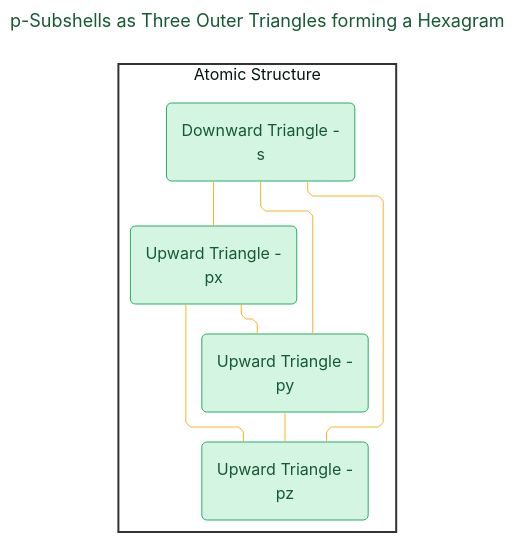
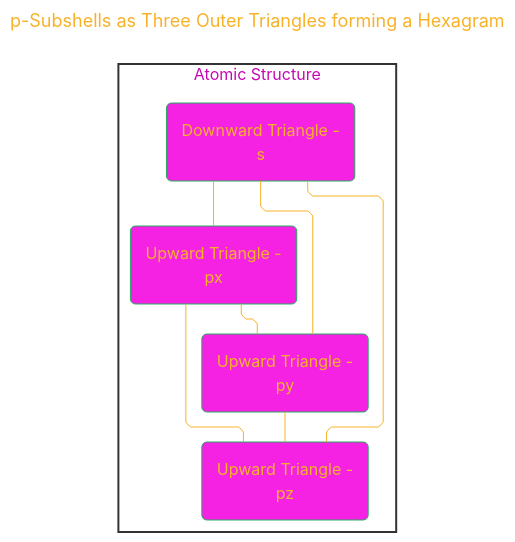
The second of 9 diagrams in Quantum_Harmonic_Atomic_Model/Quantum_Harmonic_Atomic_Model_Draft_7.md (CongLeSolutionX/Harmonic_Atomica), drawn with Mermaid before and after one commit. The commit also changed other lines of this file and 1 other file, not shown here.

````diff
--- a/Quantum_Harmonic_Atomic_Model/Quantum_Harmonic_Atomic_Model_Draft_7.md
+++ b/Quantum_Harmonic_Atomic_Model/Quantum_Harmonic_Atomic_Model_Draft_7.md
@@ -88,47 +88,47 @@
 ```mermaid
 ---
 title: "p-Subshells as Three Outer Triangles forming a Hexagram"
 author: "Cong Le"
 version: "1.0"
 license(s): "MIT, CC BY 4.0"
 copyright: "Copyright (c) 2025 Cong Le. All Rights Reserved."
 config:
   layout: elk
   theme: base
 ---
 %%%%%%%% Mermaid version v11.4.1-b.14
 %%%%%%%% Available curve styles include the following keywords:
 %% basis, bumpX, bumpY, cardinal, catmullRom, linear, monotoneX, monotoneY, natural, step, stepAfter, stepBefore.
 %%{
   init: {
     'flowchart': { 'htmlLabels': false, 'curve': 'linear' },
     'fontFamily': 'Monaco',
     'themeVariables': {
-      'primaryColor': '#D5F5E3',
-      'primaryTextColor': '#145A32',
+      'primaryColor': '#F522E3',
+      'primaryTextColor': '#F8B229',
       'lineColor': '#F8B229',
       'primaryBorderColor': '#27AE60',
       'secondaryColor': '#EBDEF0',
       'secondaryTextColor': '#6C3483',
       'secondaryBorderColor': '#A569BD'
     }
   }
 }%%
 graph TD
     subgraph Atomic_Structure["Atomic Structure"]
         S("Downward Triangle -<br/> s")
         P1("Upward Triangle -<br/> px")
         P2("Upward Triangle -<br/> py")
         P3("Upward Triangle -<br/> pz")
         
         S --- P1
         S --- P2
         S --- P3
         P1 --- P2
         P2 --- P3
         P3 --- P1
     end
     
-    style Atomic_Structure fill:#fff,stroke:#333,stroke-width:2px
+    style Atomic_Structure fill:#fff2,stroke:#333,stroke-width:2px
     
 ```
````
